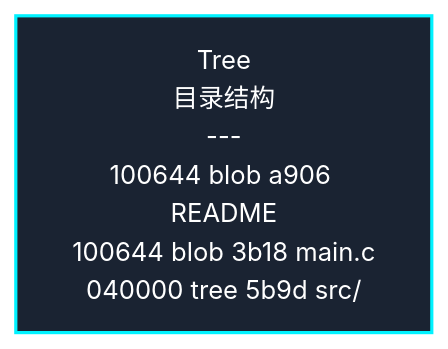
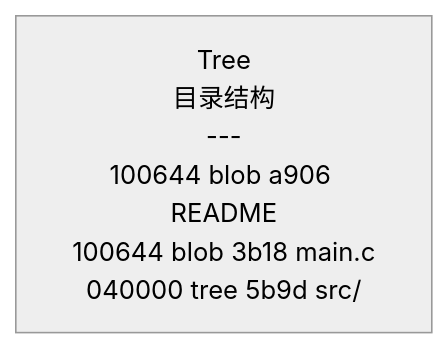
One commit to The-time-forever/The-time-forever.github.io changed the fourth of 23 diagrams in _posts/2026-03-02-git完全指南.md. Above: the diagram before and after it, drawn with Mermaid (neutral theme). The commit also changed other lines of this file, not shown here.

Commit message:
移除 Git 完全指南中 mermaid 图表的样式设置，简化代码

````diff
--- a/_posts/2026-03-02-git完全指南.md
+++ b/_posts/2026-03-02-git完全指南.md
@@ -70,6 +64,4 @@
 ```mermaid
 graph TD
     Tree["Tree<br/>目录结构<br/>---<br/>100644 blob a906 README<br/>100644 blob 3b18 main.c<br/>040000 tree 5b9d src/"]
-
-    style Tree fill:#1a2332,stroke:#00f2ff,stroke-width:2px,color:#fff
 ```
````
